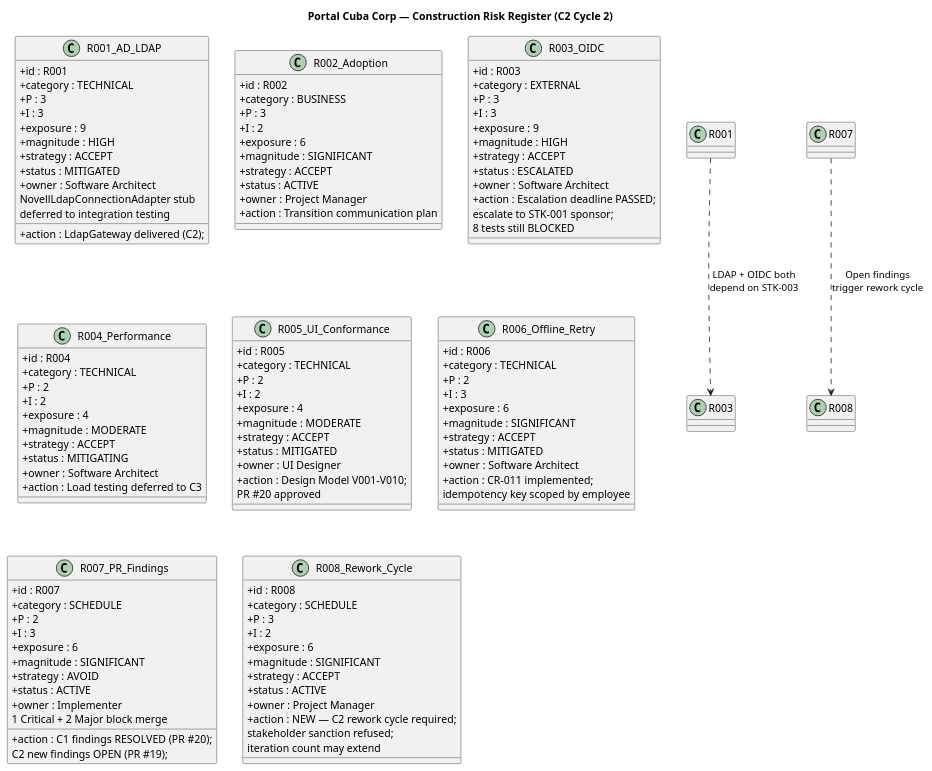
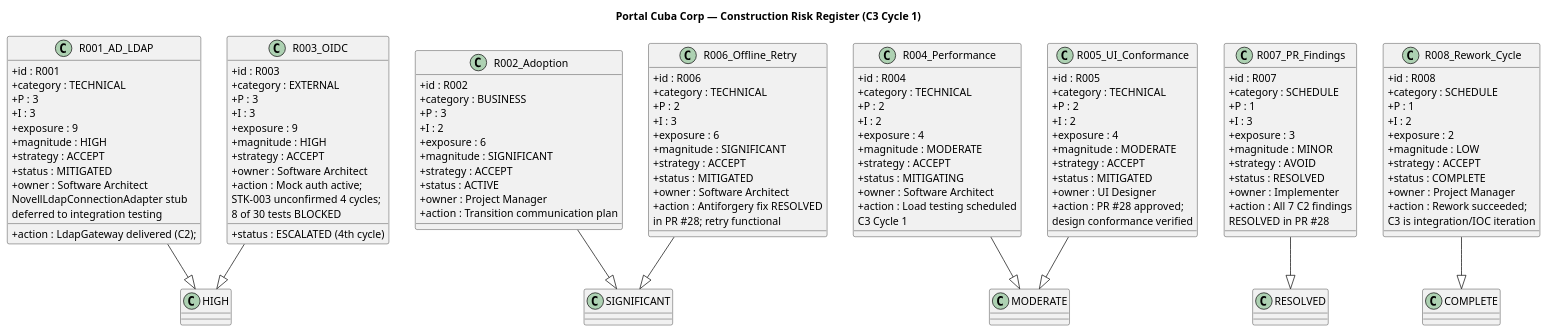
One commit to banense-test/portal-cuba-corp changed the diagram in docs/artifacts/project-management/risk-list.md. Above: the diagram before and after it, drawn with PlantUML. The commit also changed other lines of this file, not shown here.

First line of the commit message:
Project Manager [C3]: upsert Risk List

````diff
--- a/docs/artifacts/project-management/risk-list.md
+++ b/docs/artifacts/project-management/risk-list.md
@@ -26,6 +28,6 @@
 ```plantuml
 @startuml
-title Portal Cuba Corp — Construction Risk Register (C2 Cycle 2)
+title Portal Cuba Corp — Construction Risk Register (C3 Cycle 1)
 
 skinparam classAttributeIconSize 0
 
@@ -65,11 +67,11 @@
   + exposure : 9
   + magnitude : HIGH
   + strategy : ACCEPT
-  + status : ESCALATED
+  + status : ESCALATED (4th cycle)
   + owner : Software Architect
-  + action : Escalation deadline PASSED;
-    escalate to STK-001 sponsor;
-    8 tests still BLOCKED
+  + action : Mock auth active;
+    STK-003 unconfirmed 4 cycles;
+    8 of 30 tests BLOCKED
 }
 
 class R004_Performance {
@@ -82,7 +84,8 @@
   + strategy : ACCEPT
   + status : MITIGATING
   + owner : Software Architect
-  + action : Load testing deferred to C3
+  + action : Load testing scheduled
+    C3 Cycle 1
 }
 
 class R005_UI_Conformance {
@@ -95,8 +98,8 @@
   + strategy : ACCEPT
   + status : MITIGATED
   + owner : UI Designer
-  + action : Design Model V001-V010;
-    PR #20 approved
+  + action : PR #28 approved;
+    design conformance verified
 }
 
 class R006_Offline_Retry {
@@ -109,42 +112,46 @@
   + strategy : ACCEPT
   + status : MITIGATED
   + owner : Software Architect
-  + action : CR-011 implemented;
-    idempotency key scoped by employee
+  + action : Antiforgery fix RESOLVED
+    in PR #28; retry functional
 }
 
 class R007_PR_Findings {
   + id : R007
   + category : SCHEDULE
-  + P : 2
+  + P : 1
   + I : 3
-  + exposure : 6
-  + magnitude : SIGNIFICANT
+  + exposure : 3
+  + magnitude : MINOR
   + strategy : AVOID
-  + status : ACTIVE
+  + status : RESOLVED
   + owner : Implementer
-  + action : C1 findings RESOLVED (PR #20);
-    C2 new findings OPEN (PR #19);
-    1 Critical + 2 Major block merge
+  + action : All 7 C2 findings
+    RESOLVED in PR #28
 }
 
 class R008_Rework_Cycle {
   + id : R008
   + category : SCHEDULE
-  + P : 3
+  + P : 1
   + I : 2
-  + exposure : 6
-  + magnitude : SIGNIFICANT
+  + exposure : 2
+  + magnitude : LOW
   + strategy : ACCEPT
-  + status : ACTIVE
+  + status : COMPLETE
   + owner : Project Manager
-  + action : NEW — C2 rework cycle required;
-    stakeholder sanction refused;
-    iteration count may extend
+  + action : Rework succeeded;
+    C3 is integration/IOC iteration
 }
 
-R001 ..> R003 : "LDAP + OIDC both\ndepend on STK-003"
-R007 ..> R008 : "Open findings\ntrigger rework cycle"
+R001_AD_LDAP --|> "HIGH"
+R002_Adoption --|> "SIGNIFICANT"
+R003_OIDC --|> "HIGH"
+R004_Performance --|> "MODERATE"
+R005_UI_Conformance --|> "MODERATE"
+R006_Offline_Retry --|> "SIGNIFICANT"
+R007_PR_Findings --|> "RESOLVED"
+R008_Rework_Cycle --|> "COMPLETE"
 
 @enduml
 ```
````
